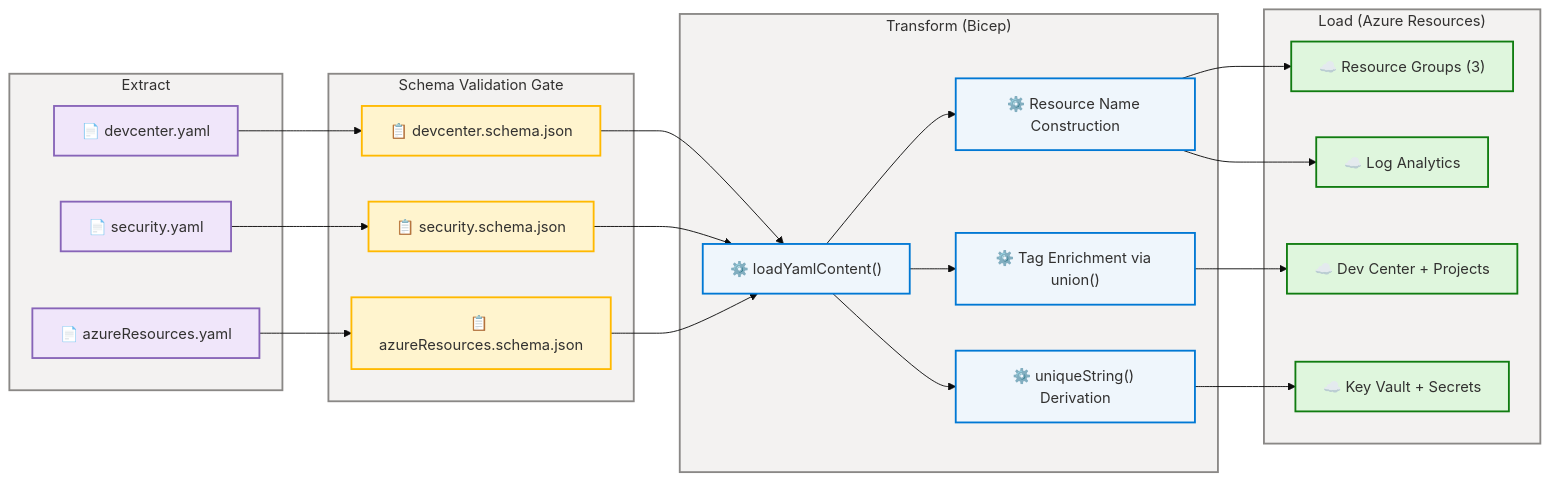
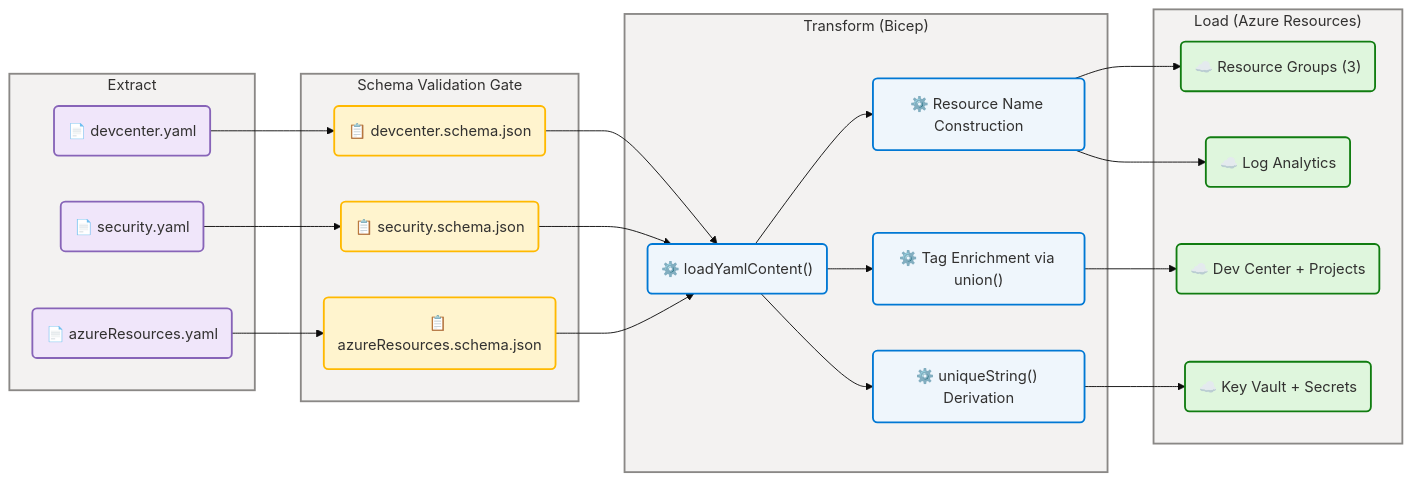
Diagram 12 of 14 in docs/architecture/data-architecture.md (Evilazaro/DevExp-DevBox), drawn with Mermaid before and after one commit. The commit also changed other lines of this file, not shown here.

Commit message:
feat: update data architecture diagrams with new class definitions and styling

````diff
--- a/docs/architecture/data-architecture.md
+++ b/docs/architecture/data-architecture.md
@@ -1311,73 +1312,73 @@
 ```mermaid
 ---
 config:
   theme: base
   look: classic
   layout: dagre
   themeVariables:
     fontSize: "16px"
 ---
 flowchart LR
     accTitle: DevExp-DevBox ETL Configuration Flow
     accDescr: Shows the Extract-Transform-Load pipeline from YAML configuration authoring through schema validation and Bicep transformation to Azure resource provisioning
 
     %% ═══════════════════════════════════════════════════════════════════════════
     %% AZURE / FLUENT ARCHITECTURE PATTERN v1.1
     %% (Semantic + Structural + Font + Accessibility Governance)
     %% ═══════════════════════════════════════════════════════════════════════════
     %% PHASE 1 - FLUENT UI: All styling uses approved Fluent UI palette only
     %% PHASE 2 - GROUPS: Every subgraph has semantic color via style directive
     %% PHASE 3 - COMPONENTS: Every node has semantic classDef + icon prefix
     %% PHASE 4 - ACCESSIBILITY: accTitle/accDescr present, WCAG AA contrast
     %% PHASE 5 - STANDARD: Governance block present, classDefs centralized
     %% ═══════════════════════════════════════════════════════════════════════════
 
-    classDef extract fill:#F0E6FA,stroke:#8764B8,stroke-width:2px,color:#323130
-    classDef transform fill:#EFF6FC,stroke:#0078D4,stroke-width:2px,color:#323130
-    classDef load fill:#DFF6DD,stroke:#107C10,stroke-width:2px,color:#323130
-    classDef validate fill:#FFF4CE,stroke:#FFB900,stroke-width:2px,color:#323130
-
     subgraph Extract["Extract"]
-        E1["📄 devcenter.yaml"]:::extract
-        E2["📄 security.yaml"]:::extract
-        E3["📄 azureResources.yaml"]:::extract
+        E1("📄 devcenter.yaml"):::data
+        E2("📄 security.yaml"):::data
+        E3("📄 azureResources.yaml"):::data
     end
     style Extract fill:#F3F2F1,stroke:#8A8886,stroke-width:2px,color:#323130
 
     subgraph Validate["Schema Validation Gate"]
-        V1["📋 devcenter.schema.json"]:::validate
-        V2["📋 security.schema.json"]:::validate
-        V3["📋 azureResources.schema.json"]:::validate
+        V1("📋 devcenter.schema.json"):::warning
+        V2("📋 security.schema.json"):::warning
+        V3("📋 azureResources.schema.json"):::warning
     end
     style Validate fill:#F3F2F1,stroke:#8A8886,stroke-width:2px,color:#323130
 
     subgraph Transform["Transform (Bicep)"]
-        T1["⚙️ loadYamlContent()"]:::transform
-        T2["⚙️ Resource Name Construction"]:::transform
-        T3["⚙️ Tag Enrichment via union()"]:::transform
-        T4["⚙️ uniqueString() Derivation"]:::transform
+        T1("⚙️ loadYamlContent()"):::core
+        T2("⚙️ Resource Name Construction"):::core
+        T3("⚙️ Tag Enrichment via union()"):::core
+        T4("⚙️ uniqueString() Derivation"):::core
     end
     style Transform fill:#F3F2F1,stroke:#8A8886,stroke-width:2px,color:#323130
 
     subgraph Load["Load (Azure Resources)"]
-        L1["☁️ Resource Groups (3)"]:::load
-        L2["☁️ Dev Center + Projects"]:::load
-        L3["☁️ Key Vault + Secrets"]:::load
-        L4["☁️ Log Analytics"]:::load
+        L1("☁️ Resource Groups (3)"):::success
+        L2("☁️ Dev Center + Projects"):::success
+        L3("☁️ Key Vault + Secrets"):::success
+        L4("☁️ Log Analytics"):::success
     end
     style Load fill:#F3F2F1,stroke:#8A8886,stroke-width:2px,color:#323130
 
     E1 --> V1
     E2 --> V2
     E3 --> V3
     V1 --> T1
     V2 --> T1
     V3 --> T1
     T1 --> T2
     T1 --> T3
     T1 --> T4
     T2 --> L1
     T3 --> L2
     T4 --> L3
     T2 --> L4
+
+    classDef data fill:#F0E6FA,stroke:#8764B8,stroke-width:2px,color:#323130
+    classDef core fill:#EFF6FC,stroke:#0078D4,stroke-width:2px,color:#323130
+    classDef success fill:#DFF6DD,stroke:#107C10,stroke-width:2px,color:#323130
+    classDef warning fill:#FFF4CE,stroke:#FFB900,stroke-width:2px,color:#323130
 ```
````
